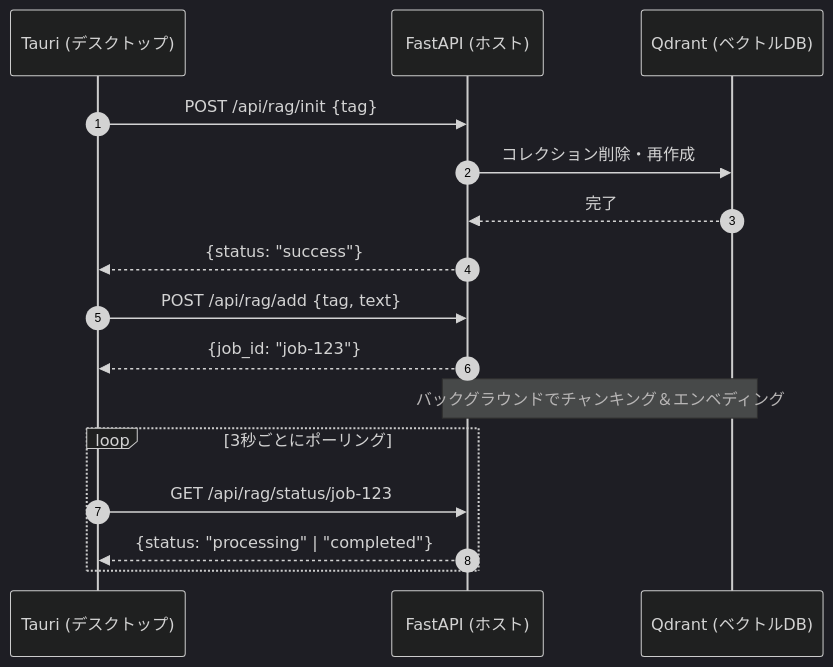
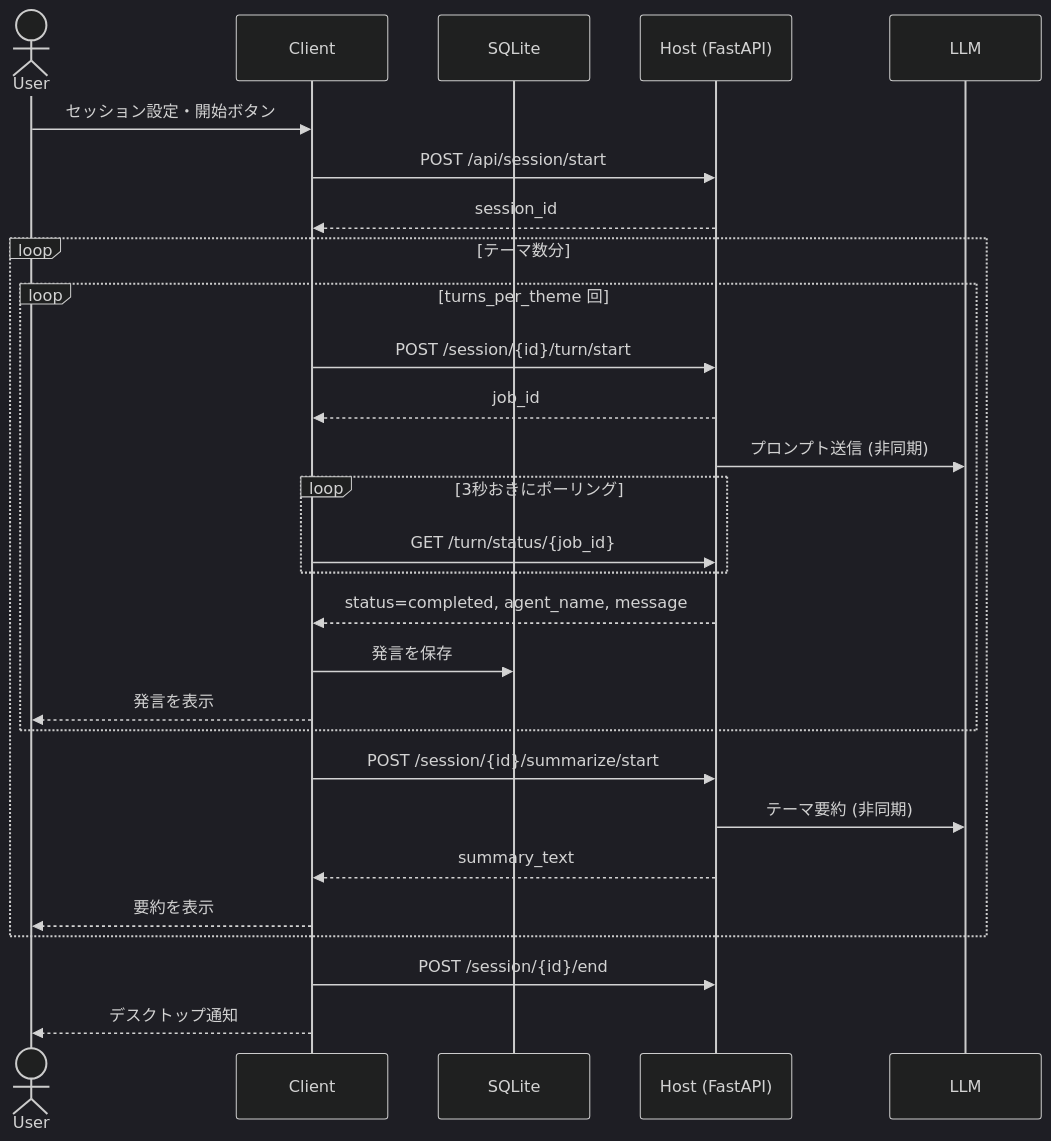
The first of 3 diagrams in docs/spec.md (ctenopoma/bsapp), drawn with Mermaid (dark theme) before and after one commit. The commit also changed other lines of this file and 15 other files, not shown here.

````diff
--- a/docs/spec.md
+++ b/docs/spec.md
@@ -62,22 +335,33 @@
 ```mermaid
 sequenceDiagram
-    autonumber
-    participant Tauri as Tauri (デスクトップ)
-    participant FastAPI as FastAPI (ホスト)
-    participant Qdrant as Qdrant (ベクトルDB)
+    actor User
+    participant Client
+    participant SQLite
+    participant Host as Host (FastAPI)
+    participant LLM
 
-    Tauri->>FastAPI: POST /api/rag/init {tag}
-    FastAPI->>Qdrant: コレクション削除・再作成
-    Qdrant-->>FastAPI: 完了
-    FastAPI-->>Tauri: {status: "success"}
+    User->>Client: セッション設定・開始ボタン
+    Client->>Host: POST /api/session/start
+    Host-->>Client: session_id
 
-    Tauri->>FastAPI: POST /api/rag/add {tag, text}
-    FastAPI-->>Tauri: {job_id: "job-123"}
-    Note over FastAPI, Qdrant: バックグラウンドでチャンキング＆エンベディング
-    
-    loop 3秒ごとにポーリング
-        Tauri->>FastAPI: GET /api/rag/status/job-123
-        FastAPI-->>Tauri: {status: "processing" | "completed"}
+    loop テーマ数分
+        loop turns_per_theme 回
+            Client->>Host: POST /session/{id}/turn/start
+            Host-->>Client: job_id
+            Host->>LLM: プロンプト送信 (非同期)
+            loop 3秒おきにポーリング
+                Client->>Host: GET /turn/status/{job_id}
+            end
+            Host-->>Client: status=completed, agent_name, message
+            Client->>SQLite: 発言を保存
+            Client-->>User: 発言を表示
+        end
+        Client->>Host: POST /session/{id}/summarize/start
+        Host->>LLM: テーマ要約 (非同期)
+        Host-->>Client: summary_text
+        Client-->>User: 要約を表示
     end
 
+    Client->>Host: POST /session/{id}/end
+    Client-->>User: デスクトップ通知
 ```
````
